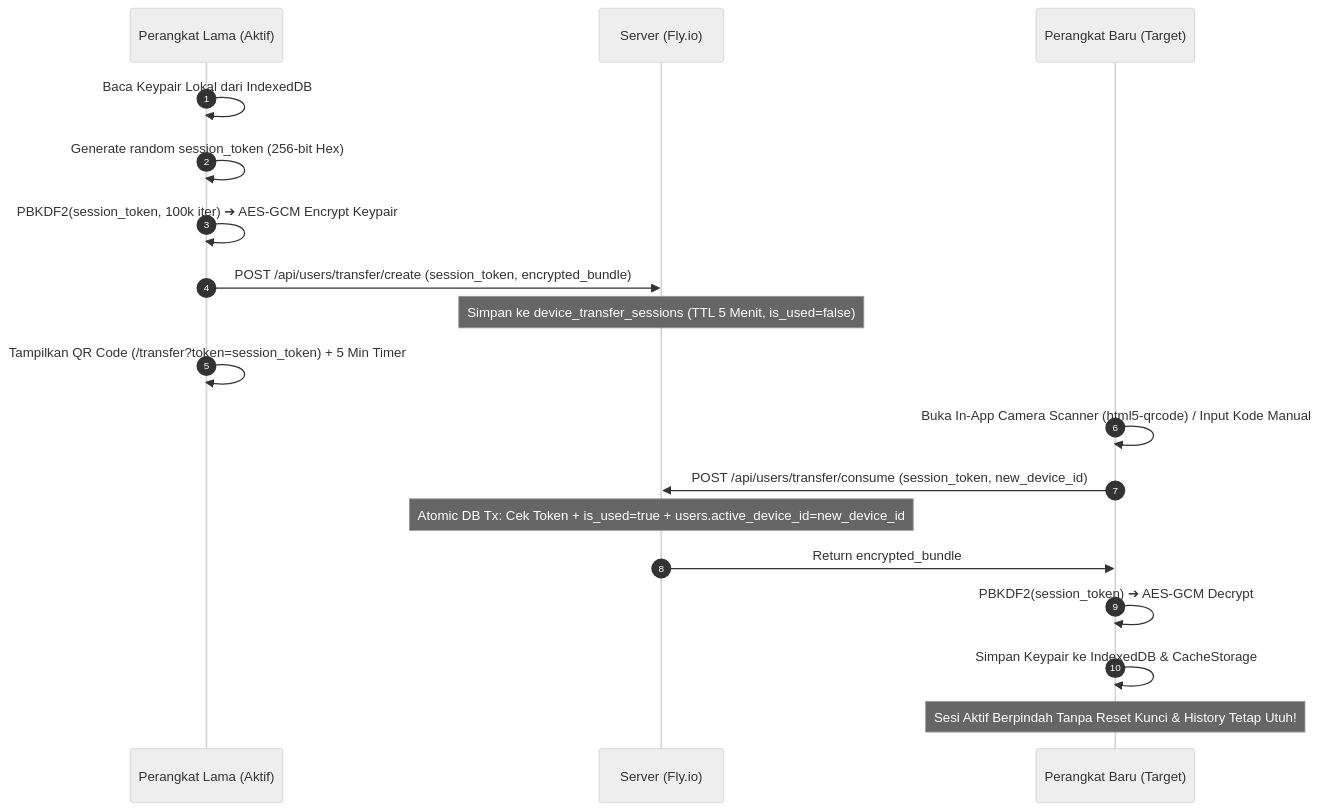
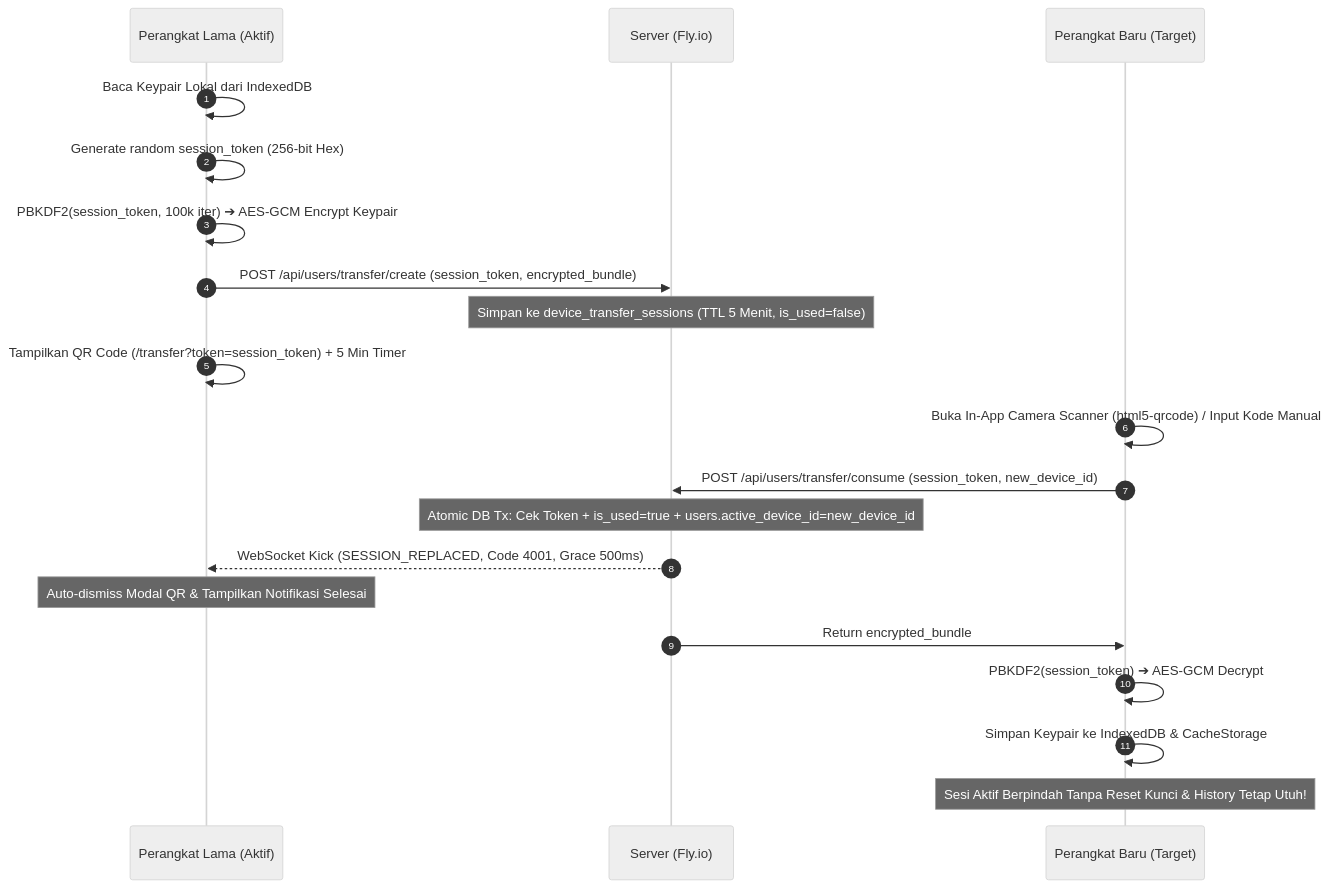
Before and after one commit to mhdarifsetiawan01/wuzz-chat: the second of 4 diagrams in docs/ARCHITECTURE.md, drawn with Mermaid (neutral theme). The commit also changed other lines of this file and 26 other files, not shown here.

Commit message:
feat(auth): add direct websocket kick on E2EE key transfer consume and modal auto-dismiss

````diff
--- a/docs/ARCHITECTURE.md
+++ b/docs/ARCHITECTURE.md
@@ -440,22 +440,24 @@
 ```mermaid
 sequenceDiagram
     autonumber
     participant A as Perangkat Lama (Aktif)
     participant S as Server (Fly.io)
     participant B as Perangkat Baru (Target)
 
     A->>A: Baca Keypair Lokal dari IndexedDB
     A->>A: Generate random session_token (256-bit Hex)
     A->>A: PBKDF2(session_token, 100k iter) ➔ AES-GCM Encrypt Keypair
     A->>S: POST /api/users/transfer/create (session_token, encrypted_bundle)
     Note over S: Simpan ke device_transfer_sessions (TTL 5 Menit, is_used=false)
     A->>A: Tampilkan QR Code (/transfer?token=session_token) + 5 Min Timer
 
     B->>B: Buka In-App Camera Scanner (html5-qrcode) / Input Kode Manual
     B->>S: POST /api/users/transfer/consume (session_token, new_device_id)
     Note over S: Atomic DB Tx: Cek Token + is_used=true + users.active_device_id=new_device_id
+    S-->>A: WebSocket Kick (SESSION_REPLACED, Code 4001, Grace 500ms)
+    Note over A: Auto-dismiss Modal QR & Tampilkan Notifikasi Selesai
     S->>B: Return encrypted_bundle
     B->>B: PBKDF2(session_token) ➔ AES-GCM Decrypt
     B->>B: Simpan Keypair ke IndexedDB & CacheStorage
     Note over B: Sesi Aktif Berpindah Tanpa Reset Kunci & History Tetap Utuh!
 ```
````
